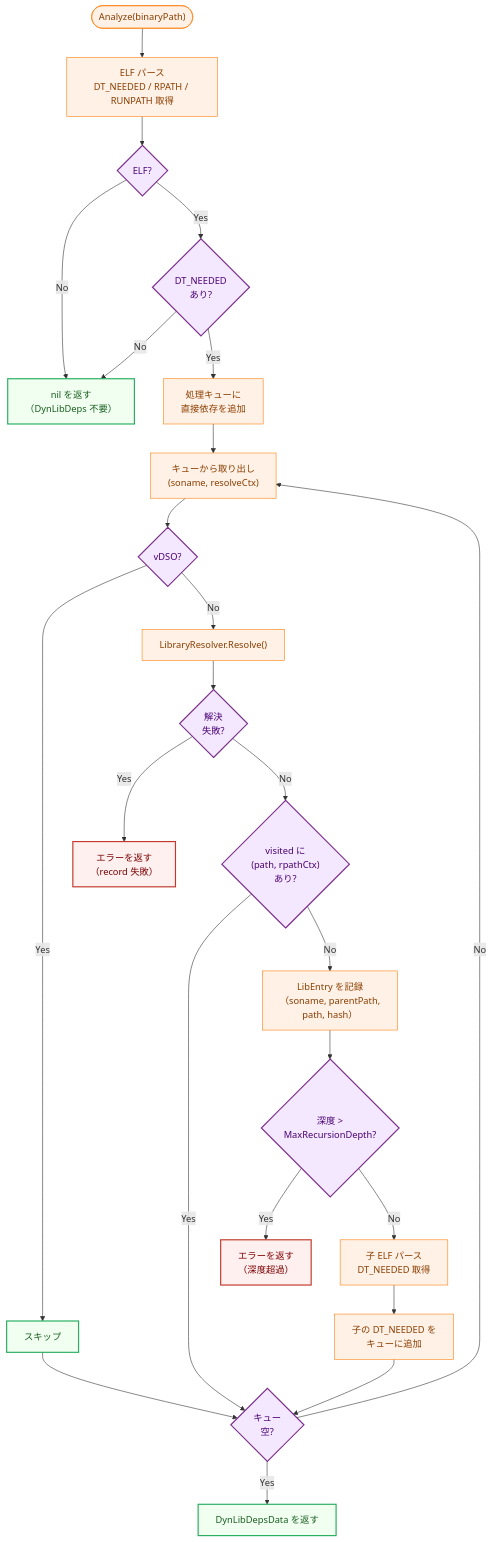
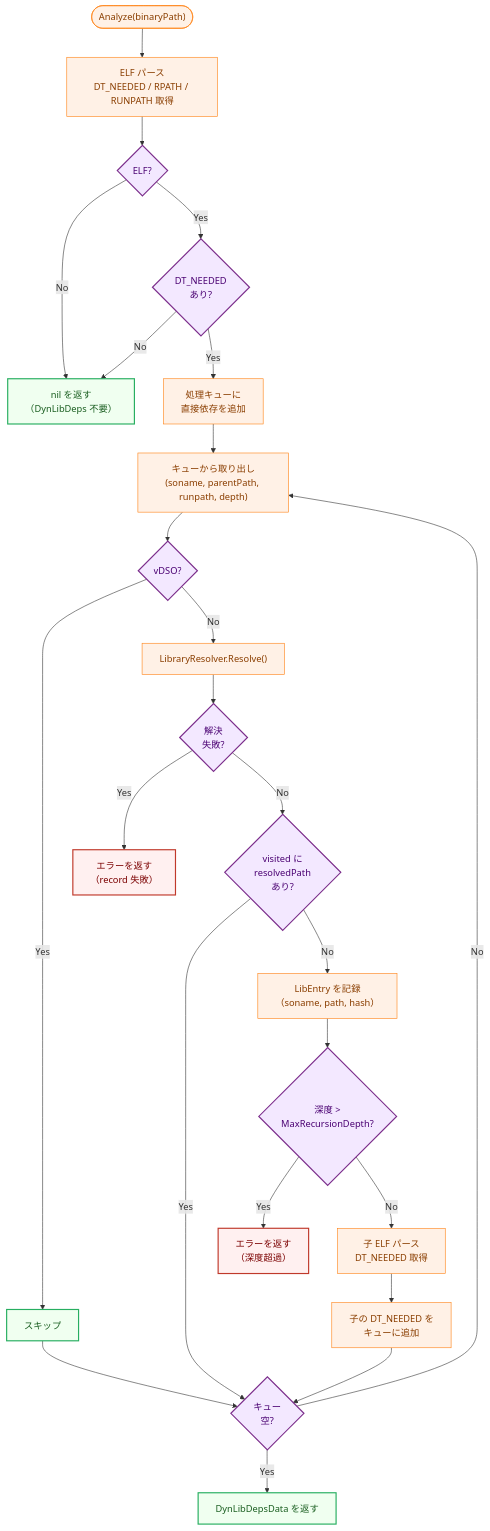
One commit to isseis/go-safe-cmd-runner changed the sixth of 11 diagrams in docs/tasks/0074_elf_dynlib_integrity/02_architecture.md. Above: the diagram before and after it, drawn with Mermaid. The commit also changed other lines of this file and 3 other files, not shown here.

First line of the commit message:
Update task docs to reflect CurrentSchemaVersion=2 and no-Stage-2 design

````diff
--- a/docs/tasks/0074_elf_dynlib_integrity/02_architecture.md
+++ b/docs/tasks/0074_elf_dynlib_integrity/02_architecture.md
@@ -414,57 +342,57 @@
 ```mermaid
 flowchart TD
     classDef process fill:#fff1e6,stroke:#ff7f0e,stroke-width:1px,color:#8a3e00;
     classDef new fill:#f3e8ff,stroke:#7b2d8b,stroke-width:2px,color:#4a0072;
     classDef highRisk fill:#fff0f0,stroke:#c0392b,stroke-width:2px,color:#7b0000;
     classDef safe fill:#f0fff0,stroke:#27ae60,stroke-width:2px,color:#1a5e20;
 
     Start(["Analyze(binaryPath)"])
     OpenELF["ELF パース<br/>DT_NEEDED / RPATH / RUNPATH 取得"]
     IsELF{"ELF?"}
     HasNeeded{"DT_NEEDED<br/>あり?"}
     ReturnNil["nil を返す<br/>（DynLibDeps 不要）"]
     InitQueue["処理キューに<br/>直接依存を追加"]
-    PopQueue["キューから取り出し<br/>(soname, resolveCtx)"]
+    PopQueue["キューから取り出し<br/>(soname, parentPath, runpath, depth)"]
     IsVDSO{"vDSO?"}
     Skip["スキップ"]
     Resolve["LibraryResolver.Resolve()"]
     ResolveFailed{"解決<br/>失敗?"}
     ReturnError["エラーを返す<br/>（record 失敗）"]
-    CheckVisited{"visited に<br/>(path, rpathCtx)<br/>あり?"}
-    RecordEntry["LibEntry を記録<br/>（soname, parentPath,<br/>path, hash）"]
+    CheckVisited{"visited に<br/>resolvedPath<br/>あり?"}
+    RecordEntry["LibEntry を記録<br/>（soname, path, hash）"]
     CheckDepth{"深度 > <br/>MaxRecursionDepth?"}
     DepthError["エラーを返す<br/>（深度超過）"]
     ParseChild["子 ELF パース<br/>DT_NEEDED 取得"]
     AddChildren["子の DT_NEEDED を<br/>キューに追加"]
     QueueEmpty{"キュー<br/>空?"}
     ReturnResult["DynLibDepsData を返す"]
 
     Start --> OpenELF
     OpenELF --> IsELF
     IsELF -->|"No"| ReturnNil
     IsELF -->|"Yes"| HasNeeded
     HasNeeded -->|"No"| ReturnNil
     HasNeeded -->|"Yes"| InitQueue
     InitQueue --> PopQueue
     PopQueue --> IsVDSO
     IsVDSO -->|"Yes"| Skip
     Skip --> QueueEmpty
     IsVDSO -->|"No"| Resolve
     Resolve --> ResolveFailed
     ResolveFailed -->|"Yes"| ReturnError
     ResolveFailed -->|"No"| CheckVisited
     CheckVisited -->|"Yes"| QueueEmpty
     CheckVisited -->|"No"| RecordEntry
     RecordEntry --> CheckDepth
     CheckDepth -->|"Yes"| DepthError
     CheckDepth -->|"No"| ParseChild
     ParseChild --> AddChildren
     AddChildren --> QueueEmpty
     QueueEmpty -->|"No"| PopQueue
     QueueEmpty -->|"Yes"| ReturnResult
 
     class Start,OpenELF,InitQueue,PopQueue,Resolve,RecordEntry,ParseChild,AddChildren process;
     class IsELF,HasNeeded,IsVDSO,CheckVisited,QueueEmpty,ResolveFailed,CheckDepth new;
     class ReturnError,DepthError highRisk;
     class ReturnNil,ReturnResult,Skip safe;
 ```
````
